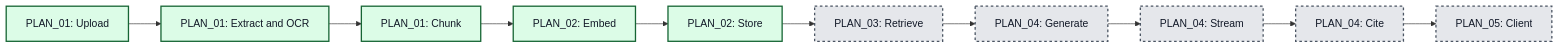
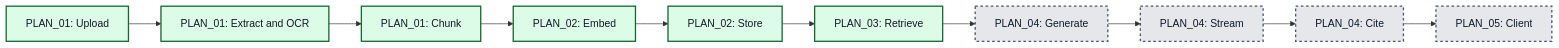
One commit to RyxnDmello/atlas changed the diagram in prompts/PHASE_01/PHASE_01.md. Above: the diagram before and after it, drawn with Mermaid. The commit also changed other lines of this file and 17 other files, not shown here.

````diff
--- a/prompts/PHASE_01/PHASE_01.md
+++ b/prompts/PHASE_01/PHASE_01.md
@@ -30,16 +30,16 @@
 ```mermaid
 flowchart LR
     Upload["PLAN_01: Upload"] --> Extract["PLAN_01: Extract and OCR"]
     Extract --> Chunk["PLAN_01: Chunk"]
     Chunk --> Embed["PLAN_02: Embed"]
     Embed --> Store["PLAN_02: Store"]
     Store --> Retrieve["PLAN_03: Retrieve"]
     Retrieve --> Generate["PLAN_04: Generate"]
     Generate --> Stream["PLAN_04: Stream"]
     Stream --> Cite["PLAN_04: Cite"]
     Cite --> Client["PLAN_05: Client"]
     classDef built fill:#dcfce7,stroke:#166534,color:#111827,stroke-width:2px
     classDef pending fill:#e5e7eb,stroke:#4b5563,color:#111827,stroke-width:2px,stroke-dasharray:4
-    class Upload,Extract,Chunk,Embed,Store built
-    class Retrieve,Generate,Stream,Cite,Client pending
+    class Upload,Extract,Chunk,Embed,Store,Retrieve built
+    class Generate,Stream,Cite,Client pending
 ```
````
